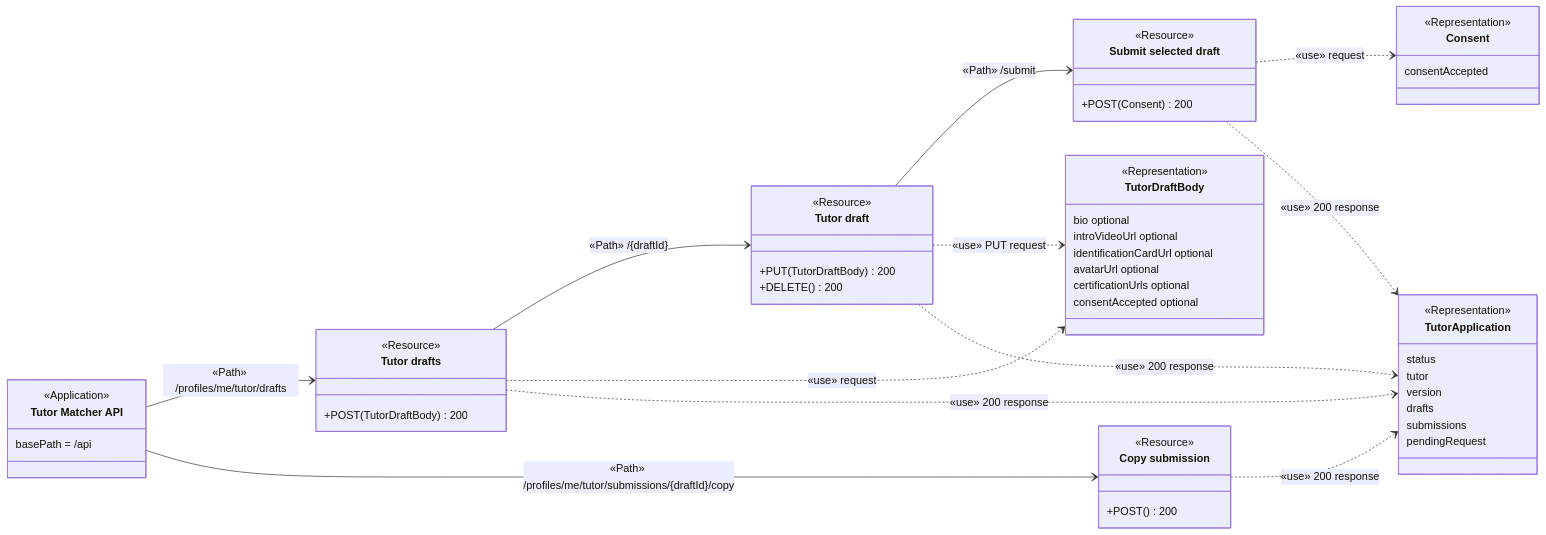
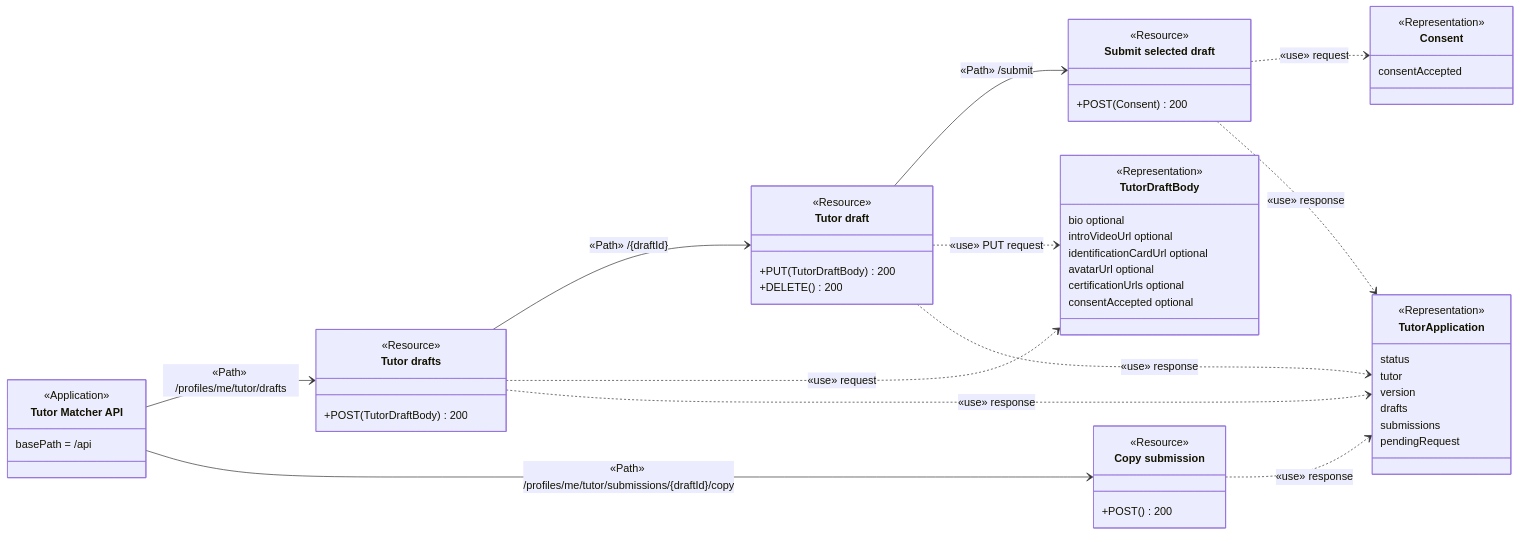
One commit to Azther0z/tutor-matcher changed the fifth of 15 diagrams in docs/api-diagram.md. Above: the diagram before and after it, drawn with Mermaid. The commit also changed other lines of this file, not shown here.

````diff
--- a/docs/api-diagram.md
+++ b/docs/api-diagram.md
@@ -358,58 +358,58 @@
 ```mermaid
 classDiagram
   direction LR
   class API["Tutor Matcher API"] {
     <<Application>>
     basePath = /api
   }
   class Drafts["Tutor drafts"] {
     <<Resource>>
     +POST(TutorDraftBody) 200
   }
   class Draft["Tutor draft"] {
     <<Resource>>
     +PUT(TutorDraftBody) 200
     +DELETE() 200
   }
   class Submit["Submit selected draft"] {
     <<Resource>>
     +POST(Consent) 200
   }
   class Copy["Copy submission"] {
     <<Resource>>
     +POST() 200
   }
   class TutorDraftBody {
     <<Representation>>
     bio optional
     introVideoUrl optional
     identificationCardUrl optional
     avatarUrl optional
     certificationUrls optional
     consentAccepted optional
   }
   class Consent {
     <<Representation>>
     consentAccepted
   }
   class TutorApplication {
     <<Representation>>
     status
     tutor
     version
     drafts
     submissions
     pendingRequest
   }
   API --> Drafts : «Path» /profiles/me/tutor/drafts
   Drafts --> Draft : «Path» /{draftId}
   Draft --> Submit : «Path» /submit
   API --> Copy : «Path» /profiles/me/tutor/submissions/{draftId}/copy
   Drafts ..> TutorDraftBody : «use» request
-  Drafts ..> TutorApplication : «use» 200 response
+  Drafts ..> TutorApplication : «use» response
   Draft ..> TutorDraftBody : «use» PUT request
-  Draft ..> TutorApplication : «use» 200 response
+  Draft ..> TutorApplication : «use» response
   Submit ..> Consent : «use» request
-  Submit ..> TutorApplication : «use» 200 response
-  Copy ..> TutorApplication : «use» 200 response
+  Submit ..> TutorApplication : «use» response
+  Copy ..> TutorApplication : «use» response
 ```
````
